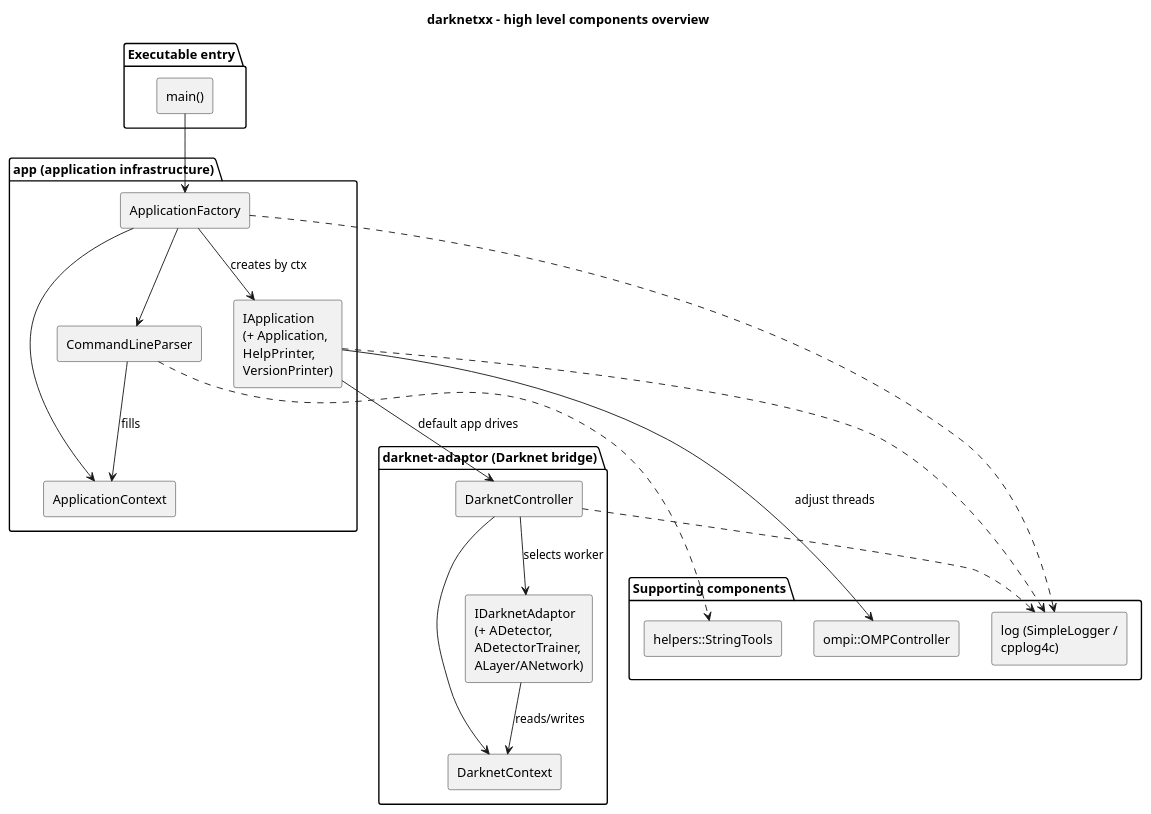
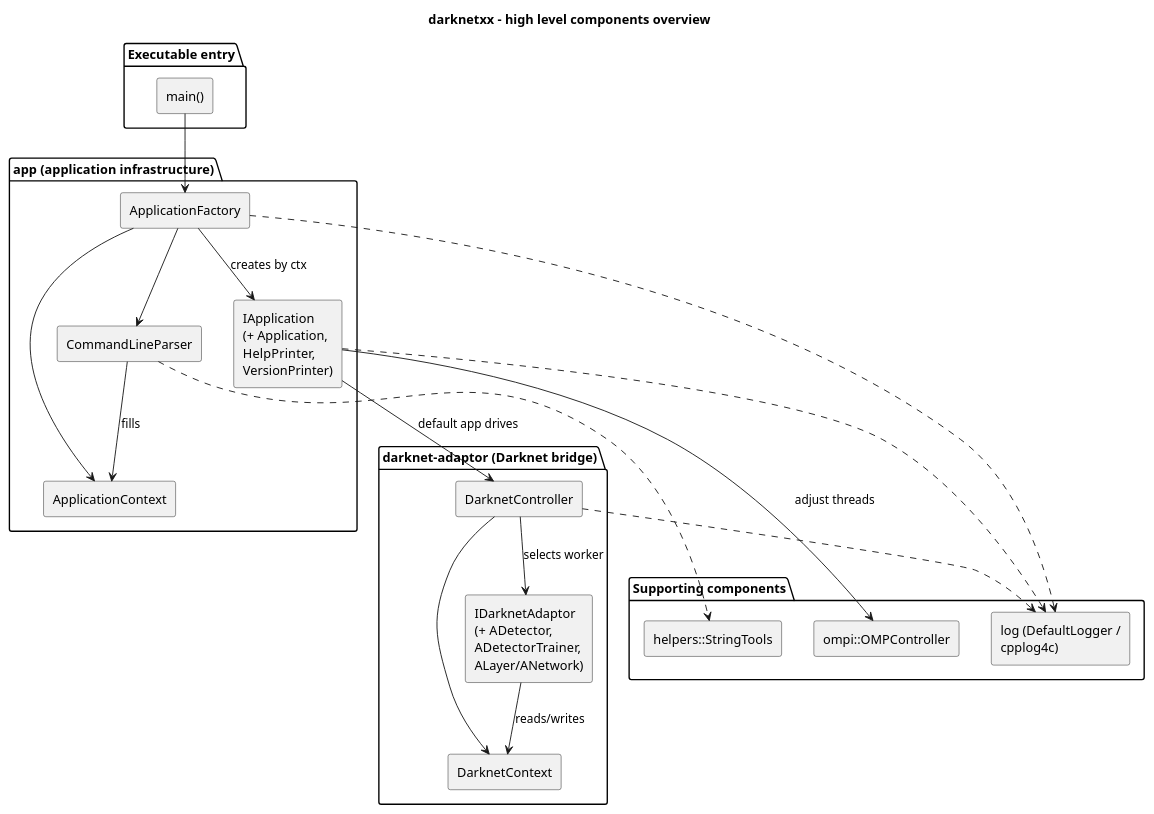
One commit to yuriysydor1991/darknetxx changed the diagram in doc/diagrams/components-overview.puml. Above: the diagram before and after it, drawn with PlantUML. The commit also changed 21 other files, not shown here.

First line of the commit message:
feat: migrate logging to the cpp-app-template DefaultLogger

```diff
--- a/doc/diagrams/components-overview.puml
+++ b/doc/diagrams/components-overview.puml
@@ -1,45 +1,45 @@
 @startuml components-overview
 title darknetxx - high level components overview
 
 skinparam componentStyle rectangle
 skinparam shadowing false
 
 package "Executable entry" {
   [main()] as main
 }
 
 package "app (application infrastructure)" {
   [ApplicationFactory] as factory
   [CommandLineParser] as parser
   [ApplicationContext] as ctx
   [IApplication\n(+ Application,\nHelpPrinter,\nVersionPrinter)] as iapp
 }
 
 package "darknet-adaptor (Darknet bridge)" {
   [DarknetController] as dctrl
   [DarknetContext] as dctx
   [IDarknetAdaptor\n(+ ADetector,\nADetectorTrainer,\nALayer/ANetwork)] as adaptor
 }
 
 package "Supporting components" {
   [ompi::OMPController] as omp
-  [log (SimpleLogger /\ncpplog4c)] as log
+  [log (DefaultLogger /\ncpplog4c)] as log
   [helpers::StringTools] as helpers
 }
 
 main --> factory
 factory --> parser
 factory --> ctx
 factory --> iapp : creates by ctx
 parser --> ctx : fills
 iapp --> dctrl : default app drives
 iapp --> omp : adjust threads
 dctrl --> dctx
 dctrl --> adaptor : selects worker
 adaptor --> dctx : reads/writes
 factory ..> log
 iapp ..> log
 dctrl ..> log
 parser ..> helpers
 
 @enduml
```
